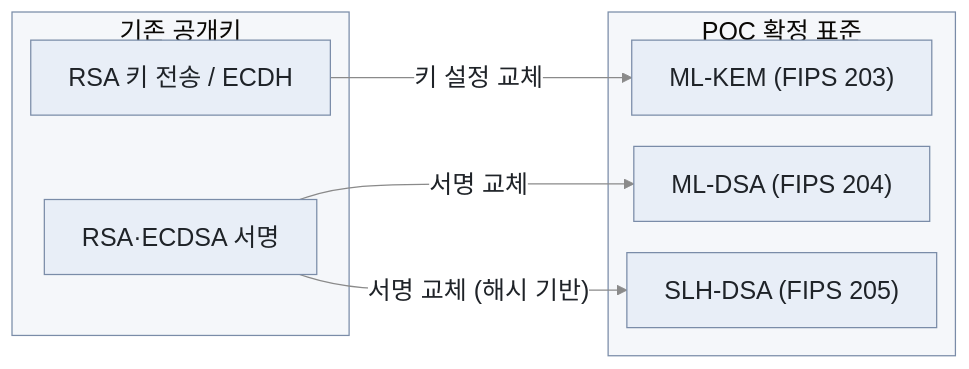
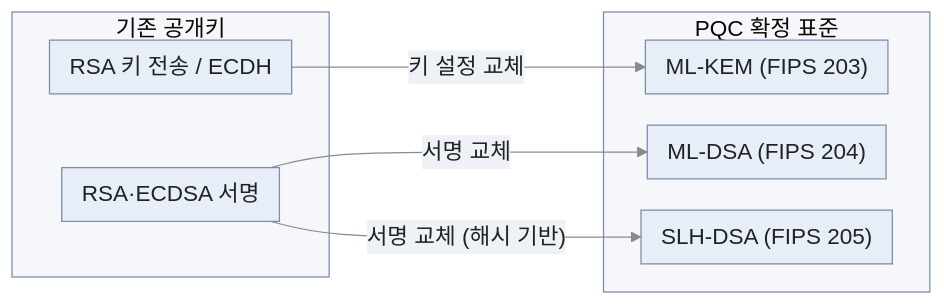
One commit to secututor/security-knowledge-base changed the fourth of 4 diagrams in security-fundamentals/cryptography/asymmetric-encryption.md. Above: the diagram before and after it, drawn with Mermaid. The commit also changed other lines of this file and 12 other files, not shown here.

Commit message:
docs: Mermaid 그림 28개에 공통 테마 적용 (밝은 노드, 박스 축소, 라벨 화살표 간격 확대)

````diff
--- a/security-fundamentals/cryptography/asymmetric-encryption.md
+++ b/security-fundamentals/cryptography/asymmetric-encryption.md
@@ -166,16 +166,16 @@
 ```mermaid
-%%{init: {"theme": "base", "themeVariables": {"fontSize": "20px", "primaryColor": "#e8eef7", "primaryTextColor": "#1f2328", "primaryBorderColor": "#7a8ca8", "secondaryColor": "#eef1f5", "tertiaryColor": "#f5f7fa", "lineColor": "#8a8a8a", "edgeLabelBackground": "#ffffff", "clusterBkg": "#f5f7fa", "clusterBorder": "#7a8ca8", "actorBkg": "#e8eef7", "actorBorder": "#7a8ca8", "actorTextColor": "#1f2328", "actorLineColor": "#8a8a8a", "signalColor": "#8a8a8a", "signalTextColor": "#8a8a8a", "noteBkgColor": "#fff8dc", "noteTextColor": "#1f2328", "noteBorderColor": "#c9b458"}, "flowchart": {"nodeSpacing": 25, "rankSpacing": 30}}}%%
+%%{init: {"theme": "base", "themeVariables": {"fontSize": "18px", "primaryColor": "#e8eef7", "primaryTextColor": "#1f2328", "primaryBorderColor": "#7a8ca8", "secondaryColor": "#eef1f5", "tertiaryColor": "#f5f7fa", "lineColor": "#8a8a8a", "edgeLabelBackground": "#eef1f5", "clusterBkg": "#f5f7fa", "clusterBorder": "#7a8ca8", "actorBkg": "#e8eef7", "actorBorder": "#7a8ca8", "actorTextColor": "#1f2328", "actorLineColor": "#8a8a8a", "signalColor": "#8a8a8a", "signalTextColor": "#8a8a8a", "noteBkgColor": "#fff8dc", "noteTextColor": "#1f2328", "noteBorderColor": "#c9b458"}, "flowchart": {"nodeSpacing": 25, "rankSpacing": 60, "padding": 8}, "sequence": {"width": 110, "height": 40, "boxMargin": 6, "noteMargin": 6, "actorMargin": 40}}}%%
 flowchart LR
     subgraph CLASSIC["기존 공개키"]
         R1["RSA 키 전송 / ECDH"]
         R2["RSA·ECDSA 서명"]
     end
     subgraph PQ["PQC 확정 표준"]
         P1["ML-KEM (FIPS 203)"]
         P2["ML-DSA (FIPS 204)"]
         P3["SLH-DSA (FIPS 205)"]
     end
     R1 -->|"키 설정 교체"| P1
     R2 -->|"서명 교체"| P2
     R2 -->|"서명 교체 (해시 기반)"| P3
 ```
````
